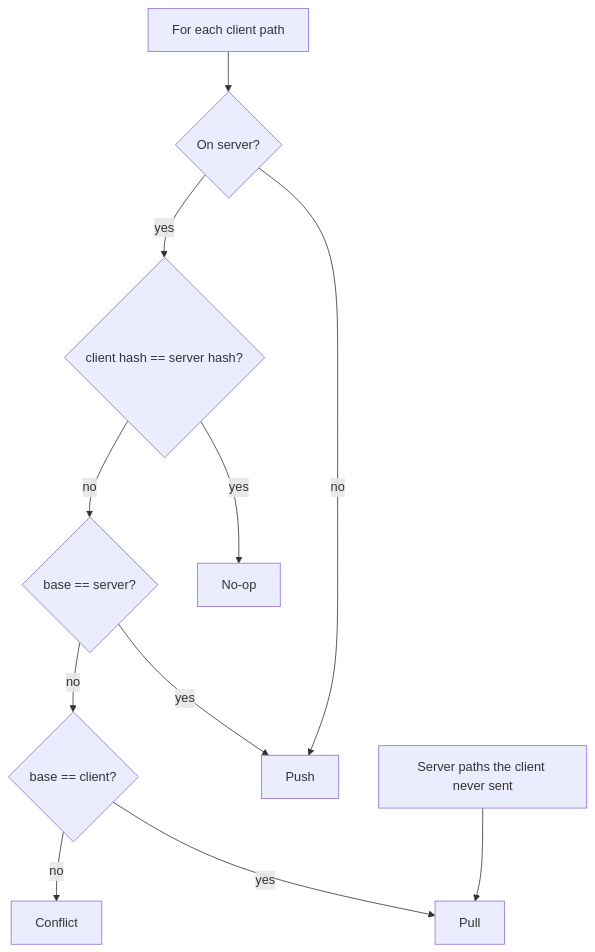
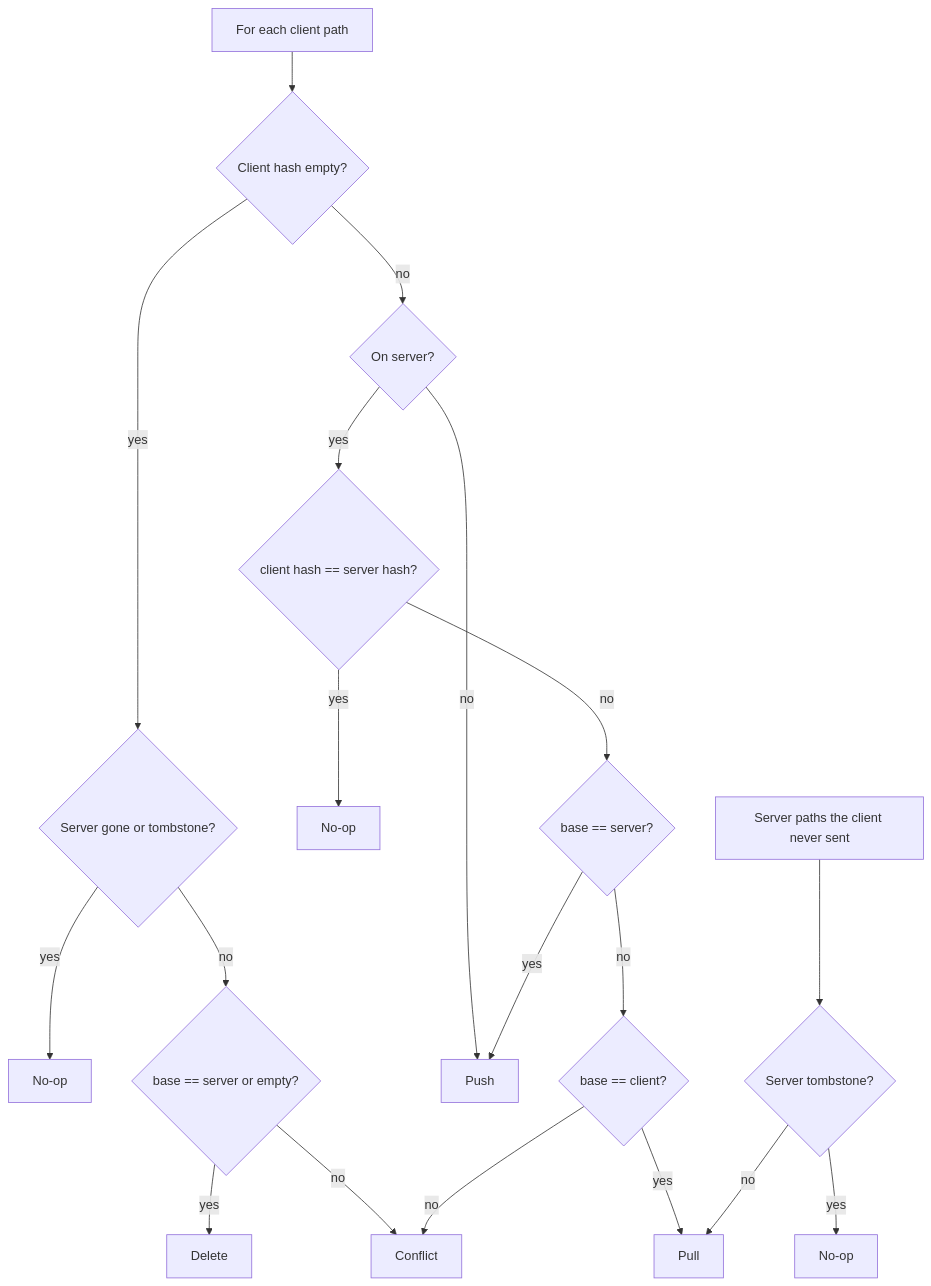
One commit to shangeethsivan/Syncidian changed the seventh of 13 diagrams in docs/architecture.md. Above: the diagram before and after it, drawn with Mermaid. The commit also changed other lines of this file and 11 other files, not shown here.

````diff
--- a/docs/architecture.md
+++ b/docs/architecture.md
@@ -237,14 +243,22 @@
 ```mermaid
 flowchart TD
-  Start["For each client path"] --> OnServer{"On server?"}
+  Start["For each client path"] --> Gone{"Client hash empty?"}
+  Gone -->|yes| SGone{"Server gone or tombstone?"}
+  SGone -->|yes| SkipD["No-op"]
+  SGone -->|no| BaseDel{"base == server or empty?"}
+  BaseDel -->|yes| Delete["Delete"]
+  BaseDel -->|no| Conflict["Conflict"]
+  Gone -->|no| OnServer{"On server?"}
   OnServer -->|no| Push["Push"]
   OnServer -->|yes| Same{"client hash == server hash?"}
   Same -->|yes| Skip["No-op"]
   Same -->|no| BaseS{"base == server?"}
   BaseS -->|yes| Push
   BaseS -->|no| BaseC{"base == client?"}
   BaseC -->|yes| Pull["Pull"]
-  BaseC -->|no| Conflict["Conflict"]
+  BaseC -->|no| Conflict
 
-  Start2["Server paths the client never sent"] --> Pull
+  Start2["Server paths the client never sent"] --> Tomb{"Server tombstone?"}
+  Tomb -->|yes| Skip2["No-op"]
+  Tomb -->|no| Pull
 ```
````
